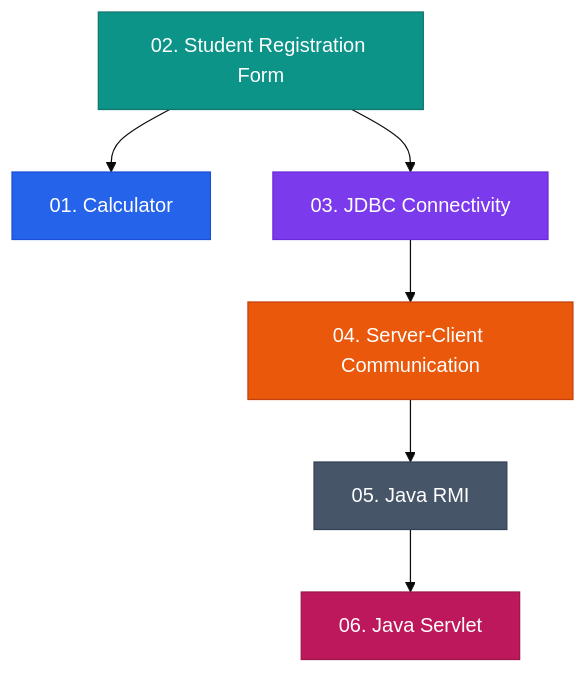
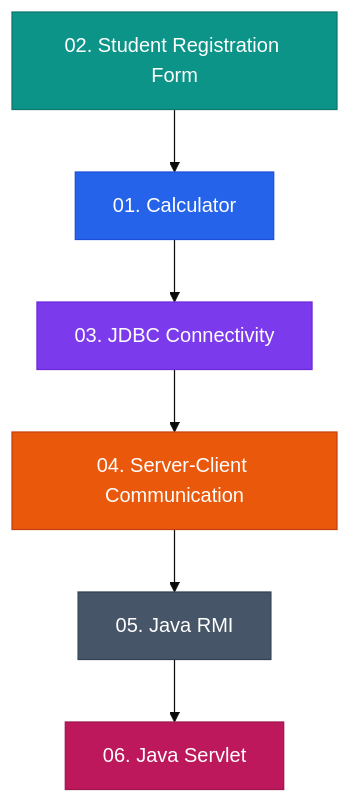
The first of 7 diagrams in README.md (khushiag07/Java_Project), drawn with Mermaid (base theme) before and after one commit. The commit also changed other lines of this file, not shown here.

````diff
--- a/README.md
+++ b/README.md
@@ -36,15 +36,15 @@
 ```mermaid
 flowchart TD
     B["02. Student Registration Form"] --> A["01. Calculator"]
-    B --> C["03. JDBC Connectivity"]
+    A --> C["03. JDBC Connectivity"]
     C --> D["04. Server-Client Communication"]
     D --> E["05. Java RMI"]
     E --> F["06. Java Servlet"]
 
     style A fill:#2563eb,color:#fff,stroke:#1d4ed8
     style B fill:#0d9488,color:#fff,stroke:#0f766e
     style C fill:#7c3aed,color:#fff,stroke:#6d28d9
     style D fill:#ea580c,color:#fff,stroke:#c2410c
     style E fill:#475569,color:#fff,stroke:#334155
     style F fill:#be185d,color:#fff,stroke:#9d174d
 ```
````
